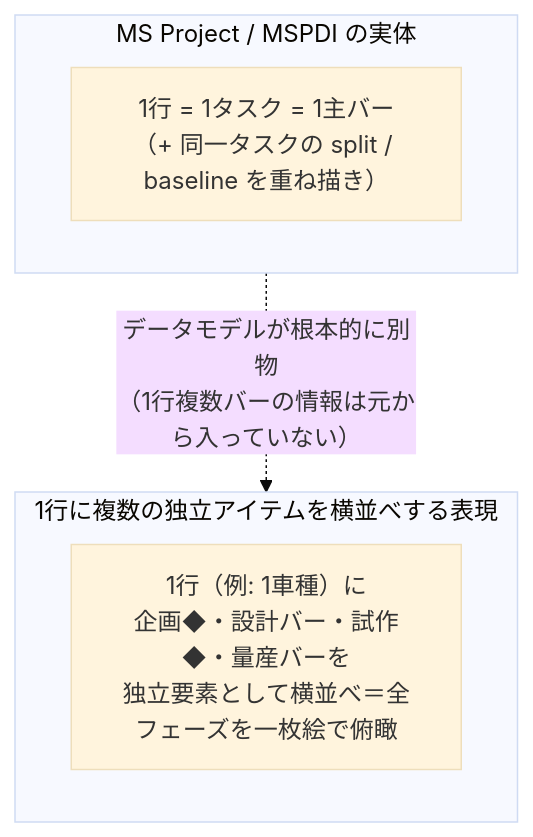
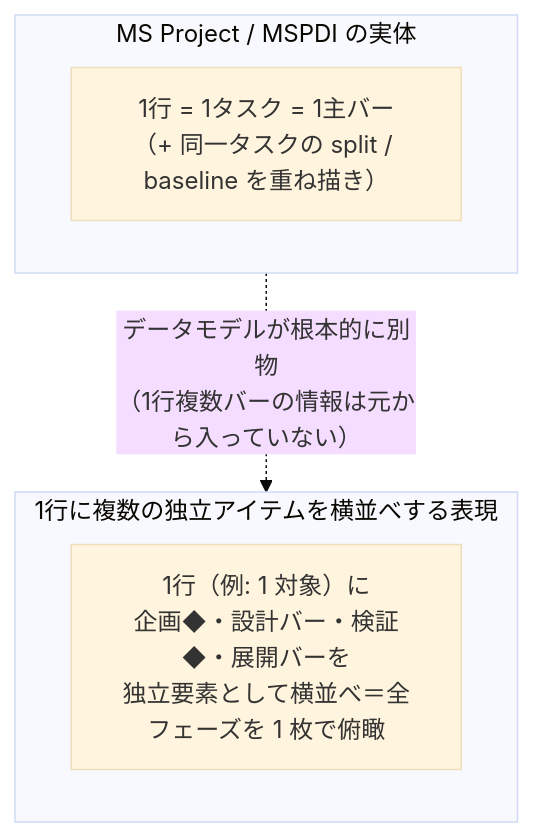
One commit to GoodRelax/gr-scheduler changed the second of 2 diagrams in handover/01-mspdi/mspdi-core-tree.md. Above: the diagram before and after it, drawn with Mermaid (base theme). The commit also changed other lines of this file and 9 other files, not shown here.

````diff
--- a/handover/01-mspdi/mspdi-core-tree.md
+++ b/handover/01-mspdi/mspdi-core-tree.md
@@ -551,10 +551,10 @@
 ```mermaid
 graph TB
     subgraph MSP["MS Project / MSPDI の実体"]
         M1["1行 = 1タスク = 1主バー<br/>（+ 同一タスクの split / baseline を重ね描き）"]
     end
     subgraph GR["1行に複数の独立アイテムを横並べする表現"]
-        G1["1行（例: 1車種）に<br/>企画◆・設計バー・試作◆・量産バーを<br/>独立要素として横並べ＝全フェーズを一枚絵で俯瞰"]
+        G1["1行（例: 1 対象）に<br/>企画◆・設計バー・検証◆・展開バーを<br/>独立要素として横並べ＝全フェーズを 1 枚で俯瞰"]
     end
     MSP -.->|"データモデルが根本的に別物<br/>（1行複数バーの情報は元から入っていない）"| GR
 ```
````
